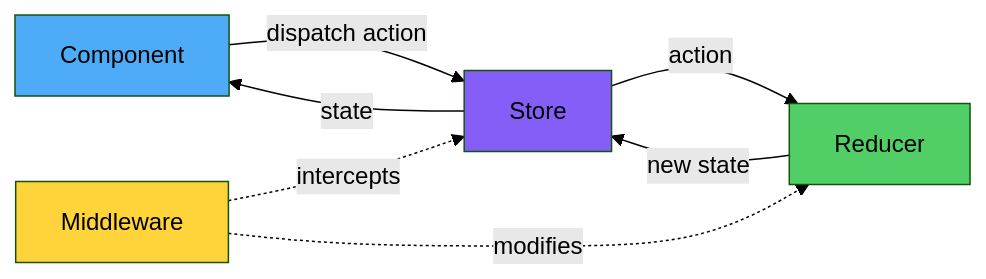
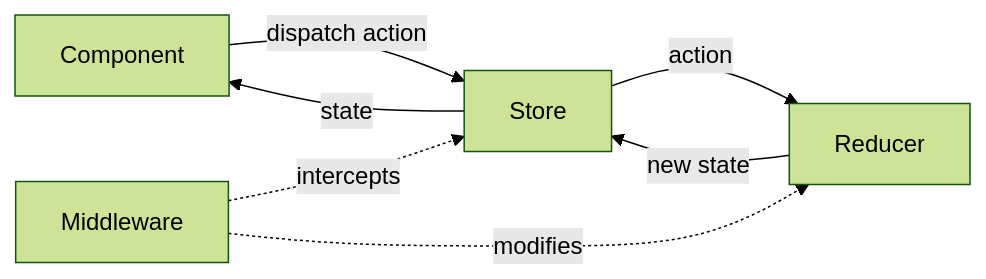
The fourth of 7 diagrams in arguments/chapters/06-state-management.md (BabaScience/react-guides), drawn with Mermaid (forest theme) before and after one commit. The commit also changed other lines of this file and 29 other files, not shown here.

First line of the commit message:
Bring React FR/IT translations to full English parity + theme-safe diagrams

````diff
--- a/arguments/chapters/06-state-management.md
+++ b/arguments/chapters/06-state-management.md
@@ -947,15 +938,11 @@
 ```mermaid
 graph LR
     A[Component] -->|dispatch action| B[Store]
     B -->|action| C[Reducer]
     C -->|new state| B
     B -->|state| A
     
     D[Middleware] -.intercepts.-> B
     D -.modifies.-> C
     
-    style A fill:#4dabf7
-    style B fill:#845ef7
-    style C fill:#51cf66
-    style D fill:#ffd43b
 ```
````
